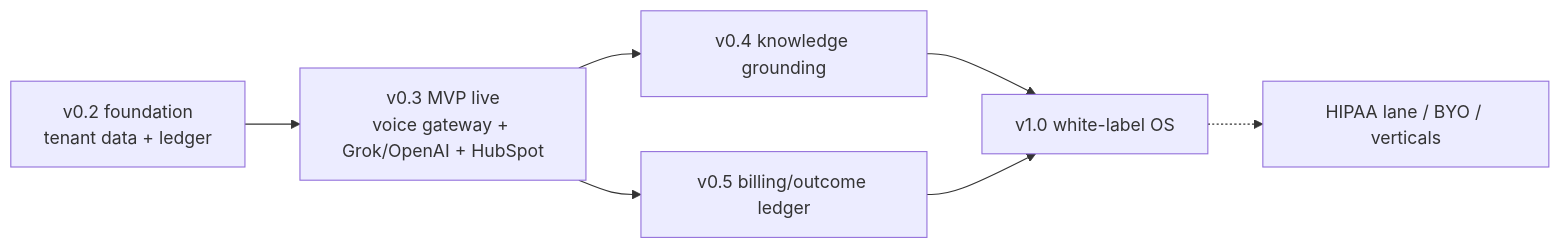
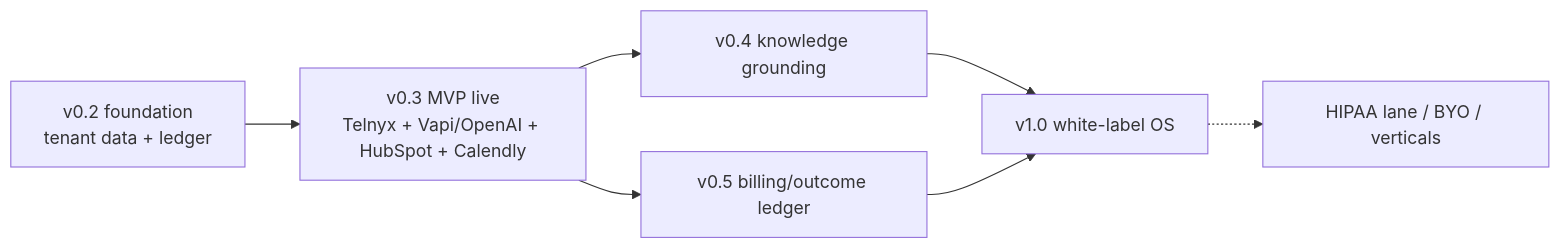
The diagram in docs/product/RESPONSEOS_ROADMAP.md (AudioJones-Dev/responseos), drawn with Mermaid before and after one commit. The commit also changed other lines of this file and 4 other files, not shown here.

First line of the commit message:
docs: ADR-0037 (Calendly MVP scheduling) + RESPONSEOS_* canon reconciliation (planning only) (#74)

````diff
--- a/docs/product/RESPONSEOS_ROADMAP.md
+++ b/docs/product/RESPONSEOS_ROADMAP.md
@@ -34,9 +36,9 @@
 ```mermaid
 flowchart LR
-  F[v0.2 foundation<br/>tenant data + ledger] --> M[v0.3 MVP live<br/>voice gateway + Grok/OpenAI + HubSpot]
+  F[v0.2 foundation<br/>tenant data + ledger] --> M[v0.3 MVP live<br/>Telnyx + Vapi/OpenAI + HubSpot + Calendly]
   M --> K[v0.4 knowledge grounding]
   M --> B[v0.5 billing/outcome ledger]
   K --> O[v1.0 white-label OS]
   B --> O
   O -.-> H[HIPAA lane / BYO / verticals]
 ```
````
